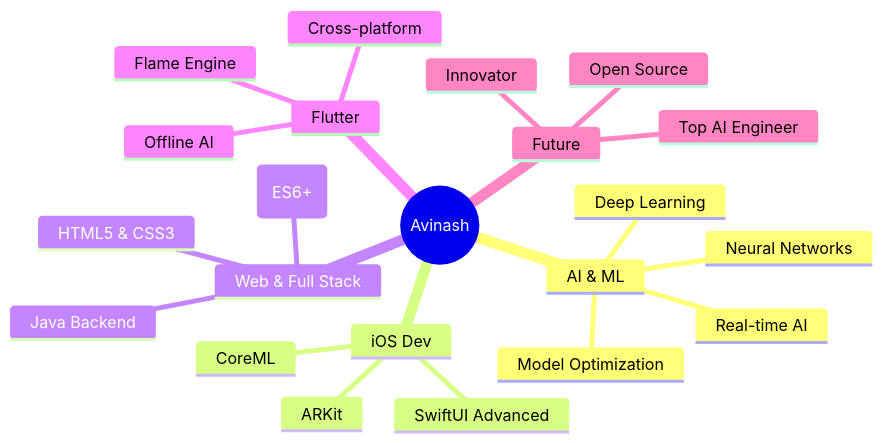
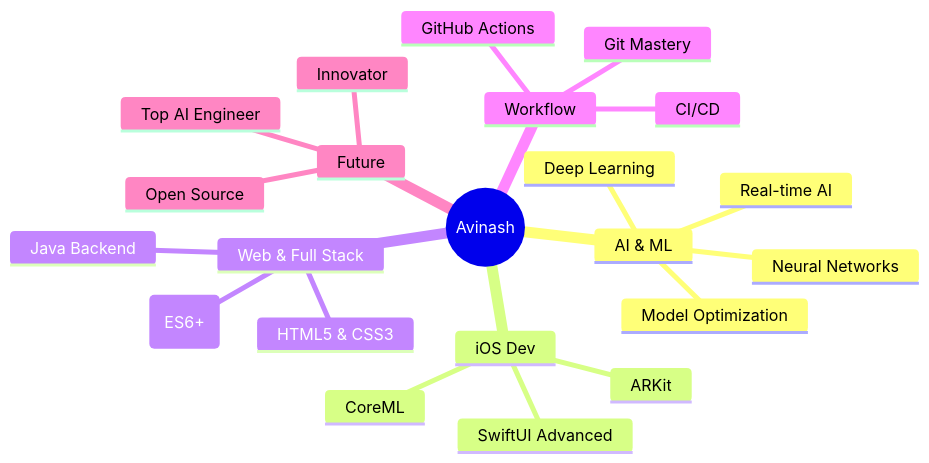
The diagram in README.md (avinash9354/avinash9354), drawn with Mermaid before and after one commit. The commit also changed other lines of this file, not shown here.

````diff
--- a/README.md
+++ b/README.md
@@ -896,25 +196,25 @@
 ```mermaid
 mindmap
   root((Avinash))
     AI & ML
       Deep Learning
       Neural Networks
       Model Optimization
       Real-time AI
     iOS Dev
       SwiftUI Advanced
       CoreML
       ARKit
     Web & Full Stack
       HTML5 & CSS3
       JavaScript (ES6+)
       Java Backend
-    Flutter
-      Cross-platform
-      Flame Engine
-      Offline AI
+    Workflow
+      Git Mastery
+      GitHub Actions
+      CI/CD
     Future
       Top AI Engineer
       Innovator
       Open Source
 ```
````
